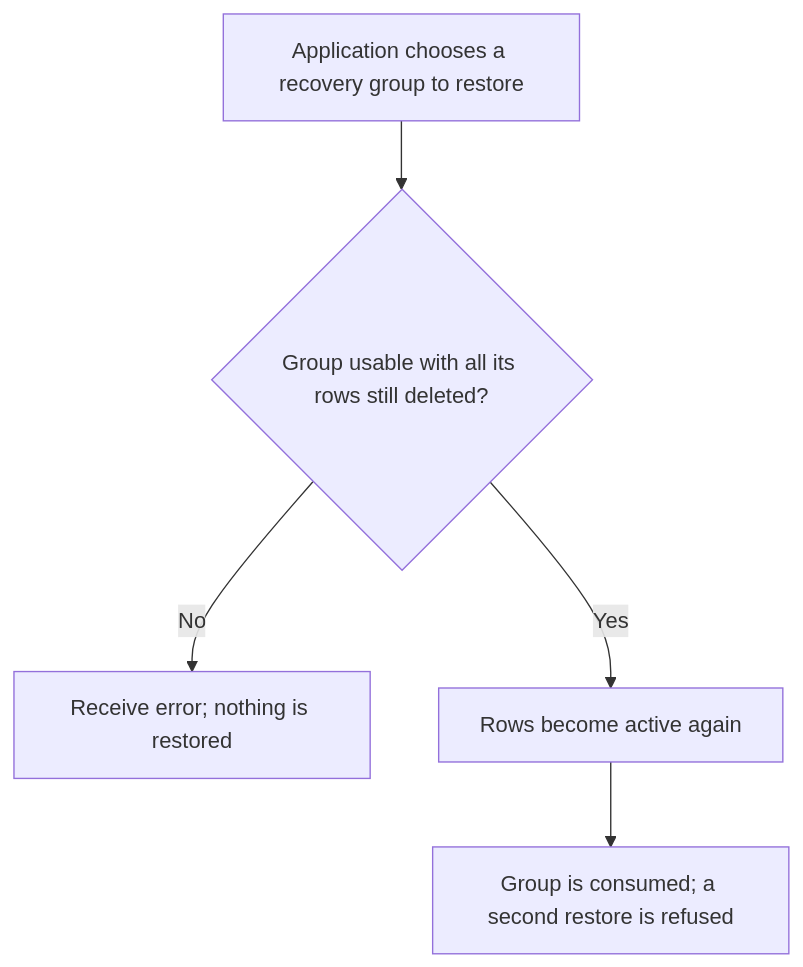
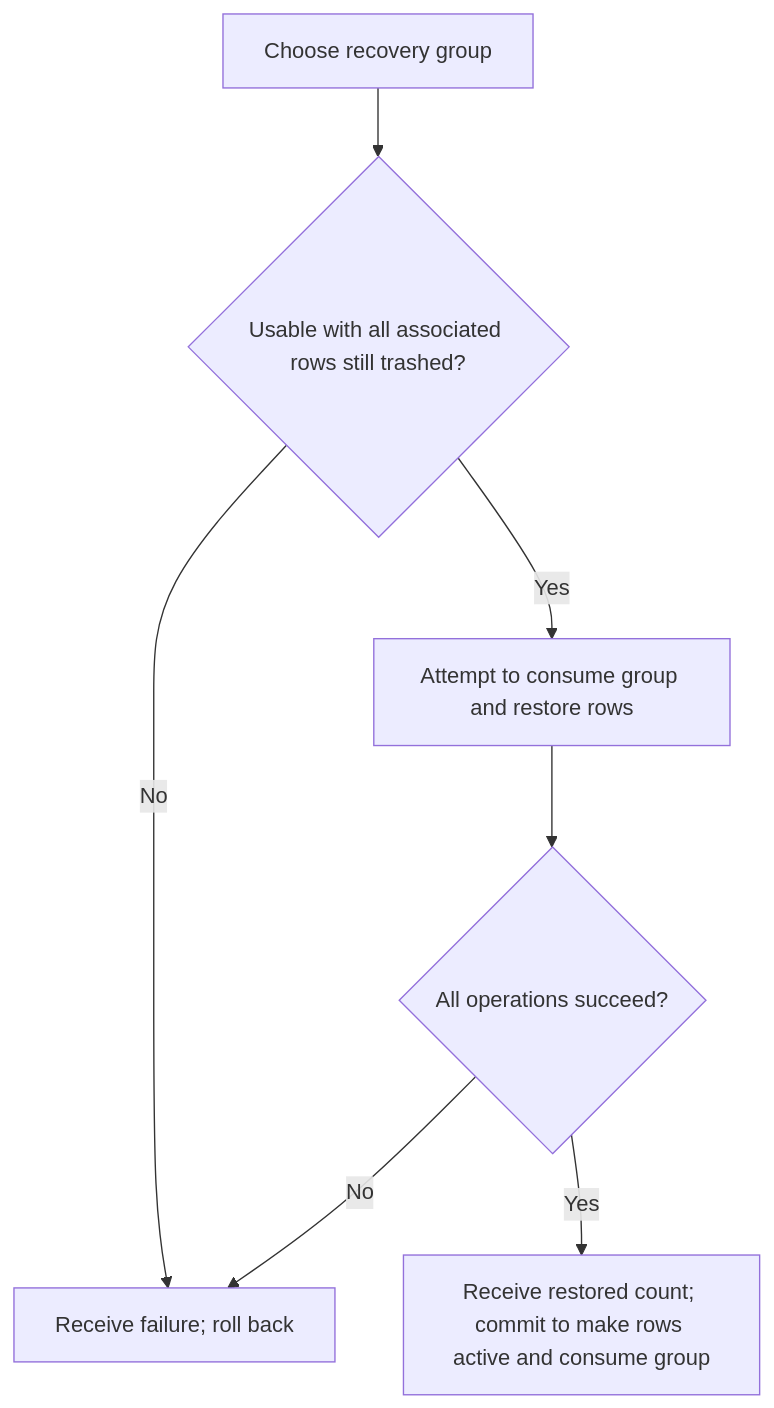
One commit to Kevinjohn/oss-adonisjs-lucid-soft-delete changed the first of 2 diagrams in user-stories/example-apps/us-demo-06-restore-recovery-group.md. Above: the diagram before and after it, drawn with Mermaid. The commit also changed other lines of this file and 26 other files, not shown here.

````diff
--- a/user-stories/example-apps/us-demo-06-restore-recovery-group.md
+++ b/user-stories/example-apps/us-demo-06-restore-recovery-group.md
@@ -21,7 +21,8 @@
 ```mermaid
 flowchart TD
-    A["Application chooses a recovery group to restore"] --> B{"Group usable with all its rows still deleted?"}
-    B -->|No| C["Receive error; nothing is restored"]
-    B -->|Yes| D["Rows become active again"]
-    D --> E["Group is consumed; a second restore is refused"]
+    A["Choose recovery group"] --> B{"Usable with all associated rows still trashed?"}
+    B -->|No| C["Receive failure; roll back"]
+    B -->|Yes| D["Attempt to consume group and restore rows"] --> E{"All operations succeed?"}
+    E -->|No| C
+    E -->|Yes| F["Receive restored count; commit to make rows active and consume group"]
 ```
````
